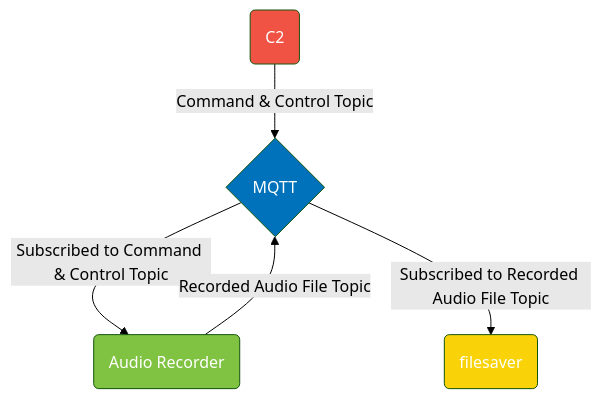
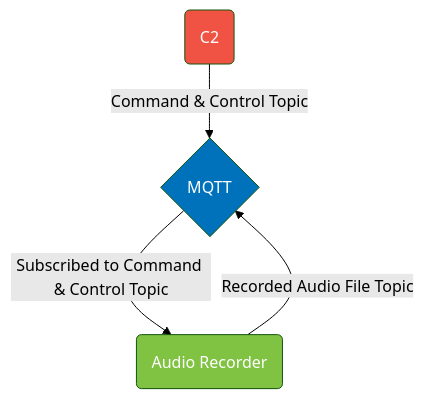
One commit to IQTLabs/edgetech-audio-recorder changed the diagram in README.md. Above: the diagram before and after it, drawn with Mermaid (forest theme).

````diff
--- a/README.md
+++ b/README.md
@@ -74,14 +74,12 @@
 ```mermaid 
 
 flowchart TD
     c2(C2) -- Command & Control Topic --> mqtt{MQTT}
     mqtt{MQTT} -- Subscribed to Command & Control Topic --> audiorecorder(Audio Recorder)
     audiorecorder(Audio Recorder) -- Recorded Audio File Topic --> mqtt{MQTT}
-    mqtt{MQTT} -- Subscribed to Recorded Audio File Topic --> filesaver(filesaver)
 
 style mqtt fill:#0072bc,color:#ffffff
 style audiorecorder fill:#80c342,color:#ffffff
-style filesaver fill:#F9D308,color:#ffffff
 style c2 fill:#f05343,color:#ffffff
 
 ```
````
